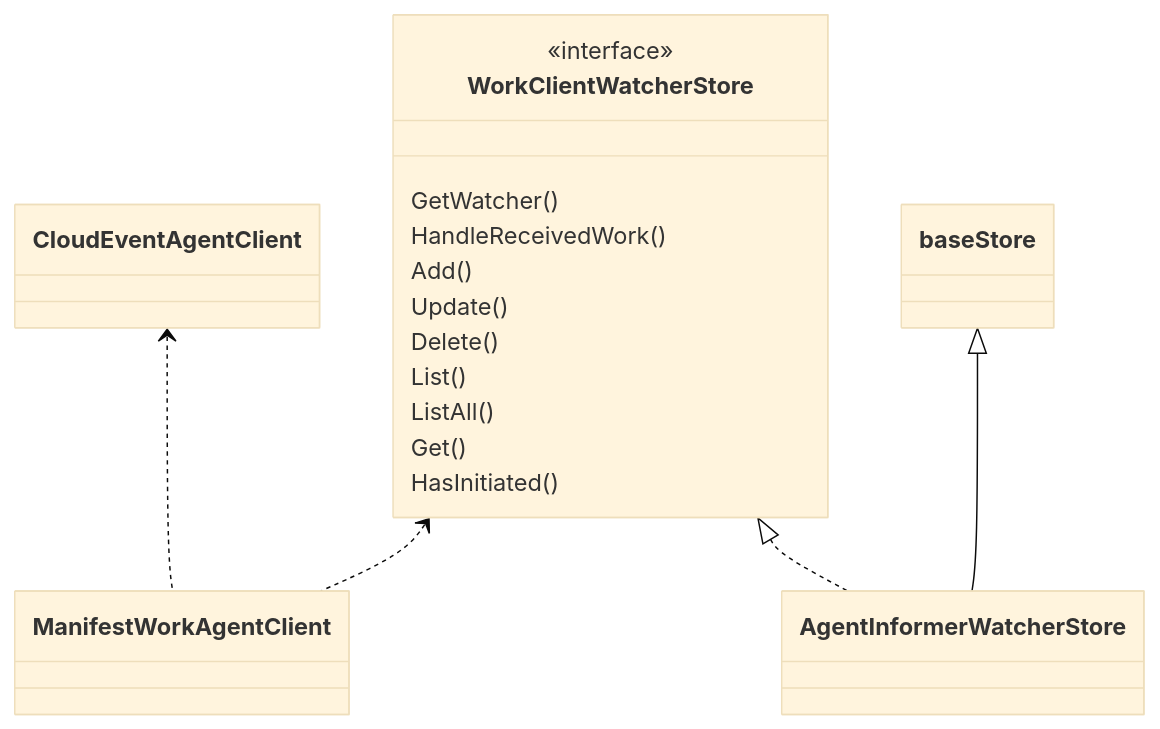
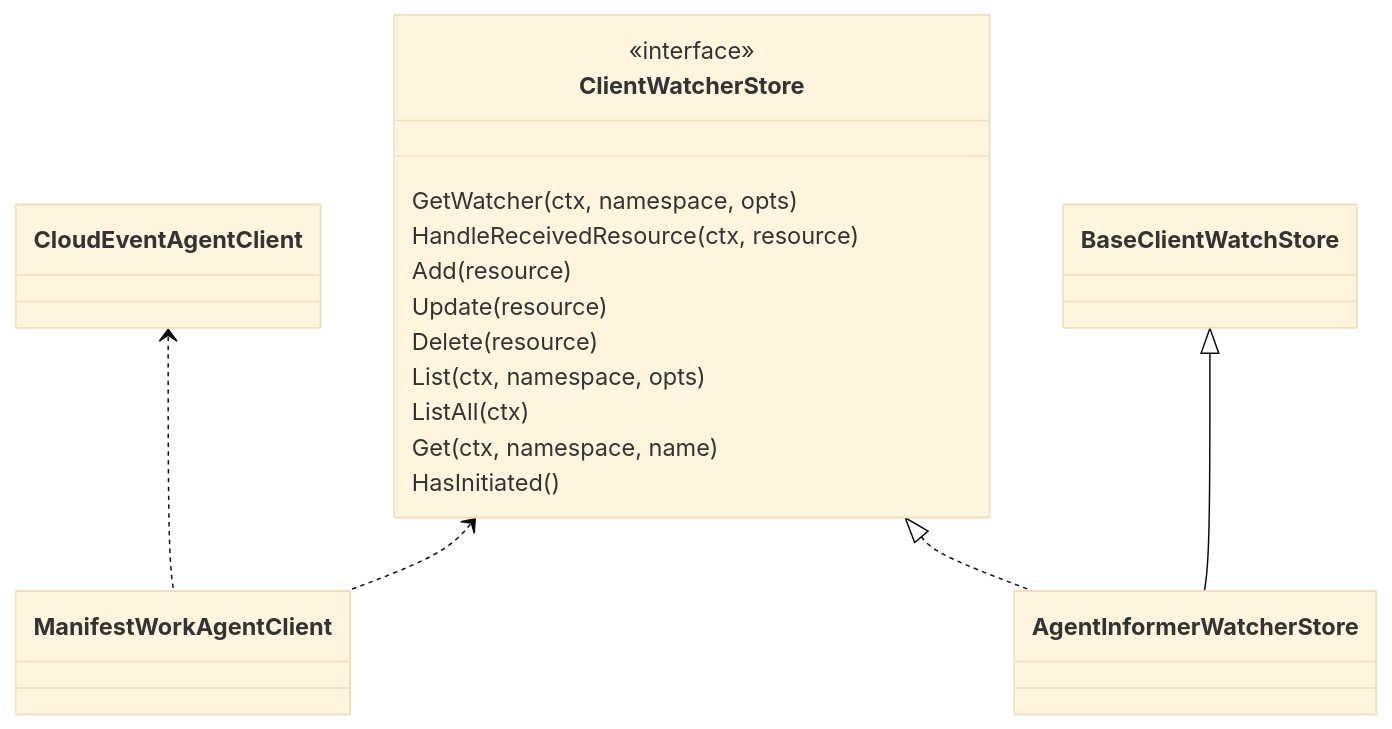
Before and after one commit to open-cluster-management-io/sdk-go: the ninth of 10 diagrams in pkg/cloudevents/doc/design.md, drawn with Mermaid (base theme). The commit also changed other lines of this file and 2 other files, not shown here.

````diff
--- a/pkg/cloudevents/doc/design.md
+++ b/pkg/cloudevents/doc/design.md
@@ -263,22 +306,22 @@
 ```mermaid
 classDiagram
-class WorkClientWatcherStore{
+class ClientWatcherStore{
     <<interface>>
-    GetWatcher()
-    HandleReceivedWork()
-    Add()
-    Update()
-    Delete()
-    List()
-    ListAll()
-    Get()
+    GetWatcher(ctx, namespace, opts)
+    HandleReceivedResource(ctx, resource)
+    Add(resource)
+    Update(resource)
+    Delete(resource)
+    List(ctx, namespace, opts)
+    ListAll(ctx)
+    Get(ctx, namespace, name)
     HasInitiated()
 }
 
 CloudEventAgentClient<..ManifestWorkAgentClient
-WorkClientWatcherStore<..ManifestWorkAgentClient
+ClientWatcherStore<..ManifestWorkAgentClient
 
-WorkClientWatcherStore<|..AgentInformerWatcherStore
+ClientWatcherStore<|..AgentInformerWatcherStore
 
-baseStore <|-- AgentInformerWatcherStore
+BaseClientWatchStore <|-- AgentInformerWatcherStore
 ```
````
